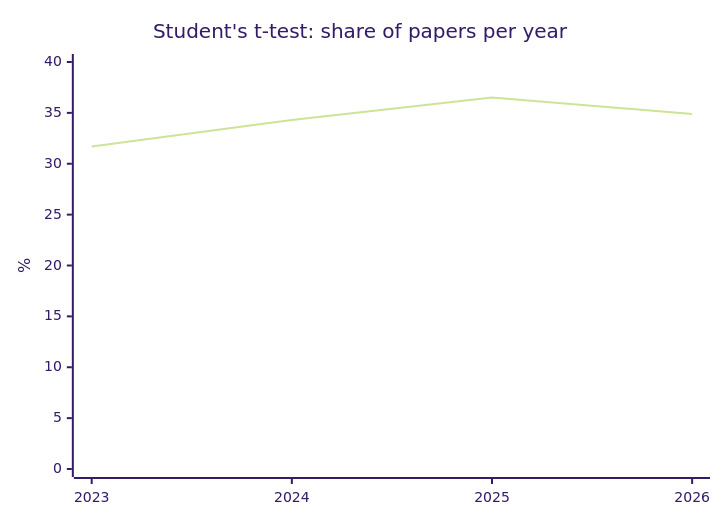
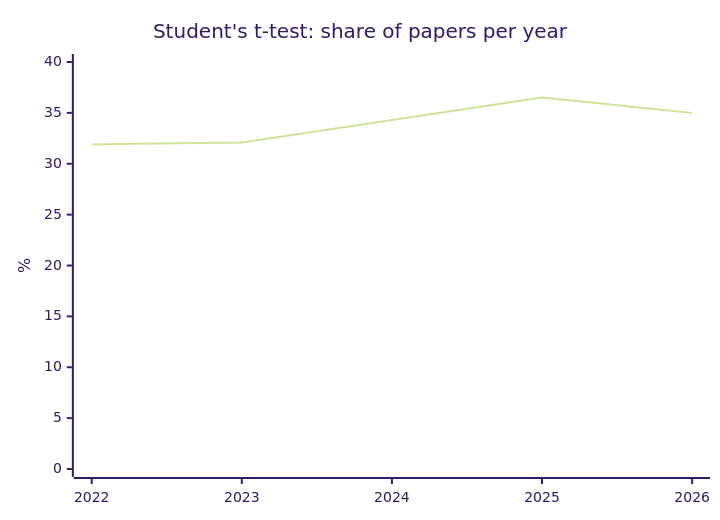
Before and after one commit to nfdi4health/datashield-function-ideas: the second of 5 diagrams in literature-watch/reports/overview.md, drawn with Mermaid (forest theme). The commit also changed other lines of this file and 1 other file, not shown here.

````diff
--- a/literature-watch/reports/overview.md
+++ b/literature-watch/reports/overview.md
@@ -60,7 +60,7 @@
 ```mermaid
 xychart-beta
   title "Student's t-test: share of papers per year"
-  x-axis [2023, 2024, 2025, 2026]
+  x-axis [2022, 2023, 2024, 2025, 2026]
   y-axis "%" 0 --> 40
-  line [31.7, 34.3, 36.5, 34.9]
+  line [31.9, 32.1, 34.3, 36.5, 35.0]
 ```
````
